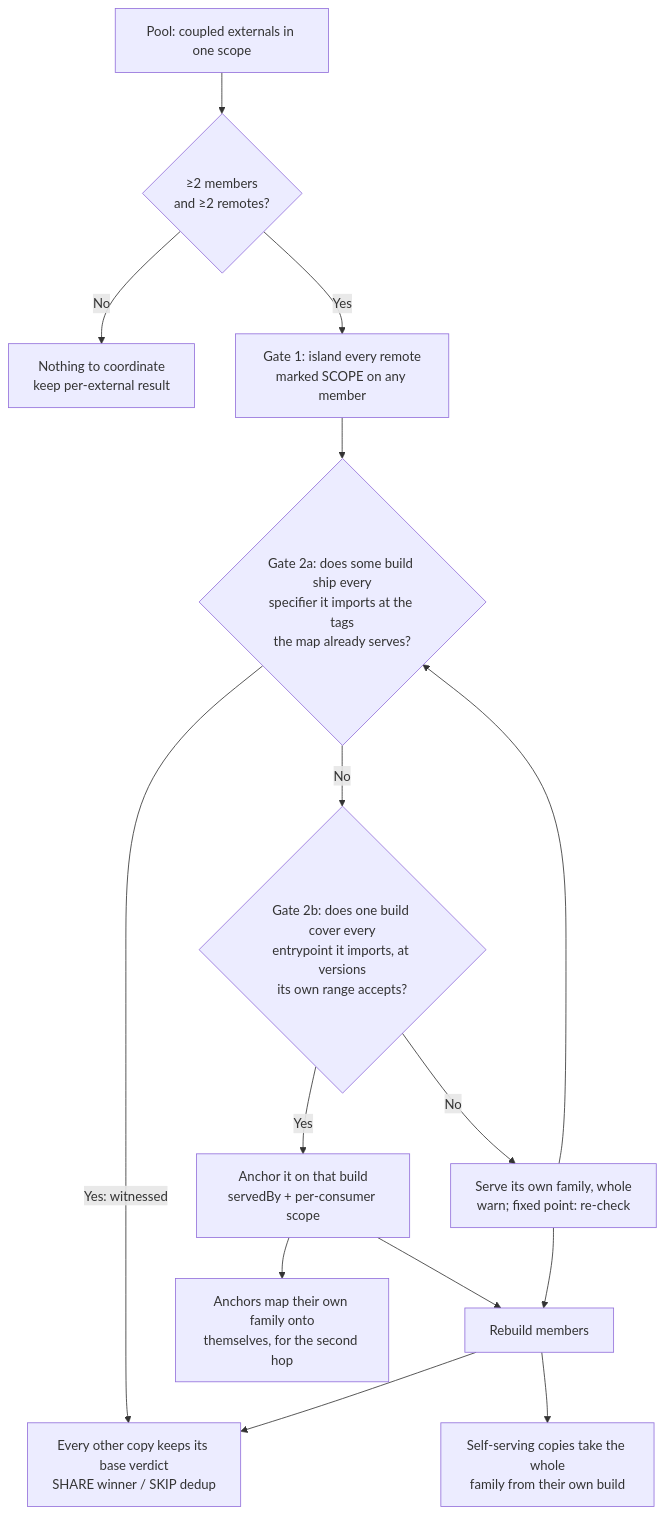
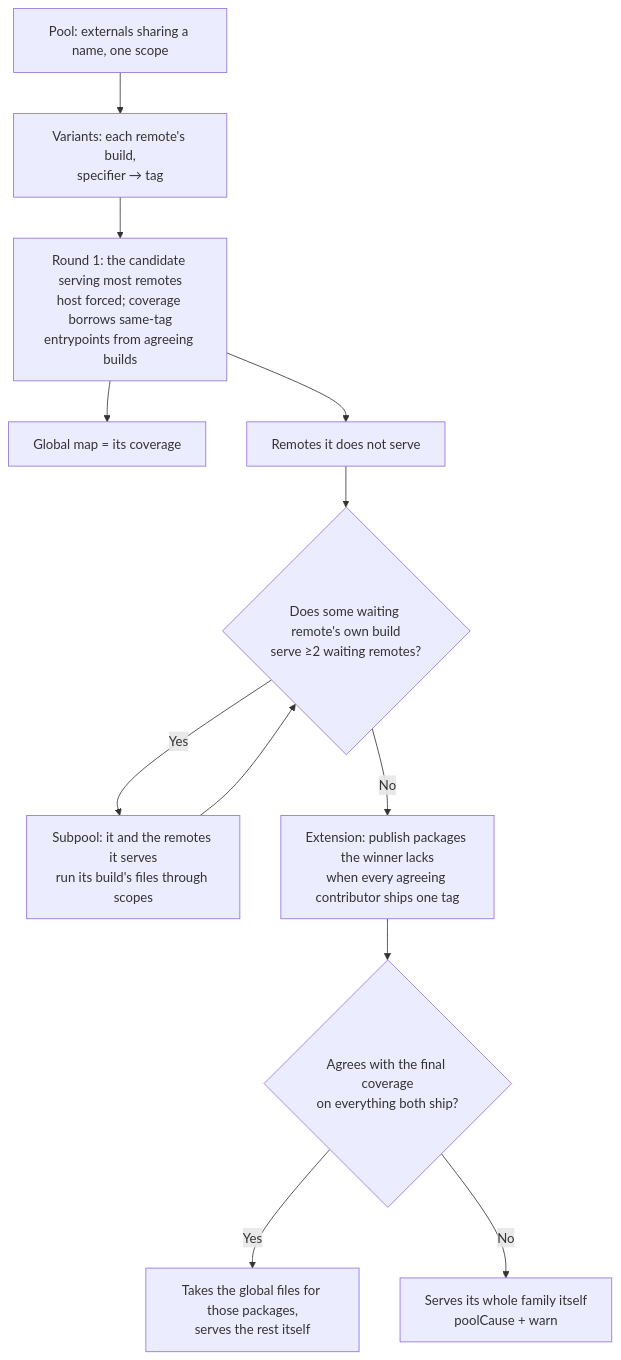
The sixth of 11 diagrams in docs/version-resolver.md (native-federation/orchestrator), drawn with Mermaid before and after one commit. The commit also changed other lines of this file and 54 other files, not shown here.

````diff
--- a/docs/version-resolver.md
+++ b/docs/version-resolver.md
@@ -727,17 +713,14 @@
 ```mermaid
 flowchart TD
-    A[Pool: coupled externals in one scope] --> B{≥2 members<br/>and ≥2 remotes?}
-    B -->|No| Z[Nothing to coordinate<br/>keep per-external result]
-    B -->|Yes| C[Gate 1: island every remote<br/>marked SCOPE on any member]
-    C --> W{Gate 2a: does some build ship every<br/>specifier it imports at the tags<br/>the map already serves?}
-    W -->|Yes: witnessed| H
-    W -->|No| D{Gate 2b: does one build cover every<br/>entrypoint it imports, at versions<br/>its own range accepts?}
-    D -->|Yes| S[Anchor it on that build<br/>servedBy + per-consumer scope]
-    D -->|No| E[Serve its own family, whole<br/>warn; fixed point: re-check]
-    E --> W
-    S --> F[Rebuild members]
-    E --> F
-    F --> G[Self-serving copies take the whole<br/>family from their own build]
-    F --> H[Every other copy keeps its base verdict<br/>SHARE winner / SKIP dedup]
-    S --> I[Anchors map their own family onto<br/>themselves, for the second hop]
+    A[Pool: externals sharing a name, one scope] --> B[Variants: each remote's build,<br/>specifier → tag]
+    B --> R1[Round 1: the candidate serving most remotes<br/>host forced; coverage borrows same-tag<br/>entrypoints from agreeing builds]
+    R1 --> G[Global map = its coverage]
+    R1 --> P[Remotes it does not serve]
+    P --> R2{Does some waiting remote's own build<br/>serve ≥2 waiting remotes?}
+    R2 -->|Yes| AN[Subpool: it and the remotes it serves<br/>run its build's files through scopes]
+    AN --> R2
+    R2 -->|No| EX[Extension: publish packages the winner lacks<br/>when every agreeing contributor ships one tag]
+    EX --> AG{Agrees with the final coverage<br/>on everything both ship?}
+    AG -->|Yes| T[Takes the global files for those packages,<br/>serves the rest itself]
+    AG -->|No| S[Serves its whole family itself<br/>poolCause + warn]
 ```
````
